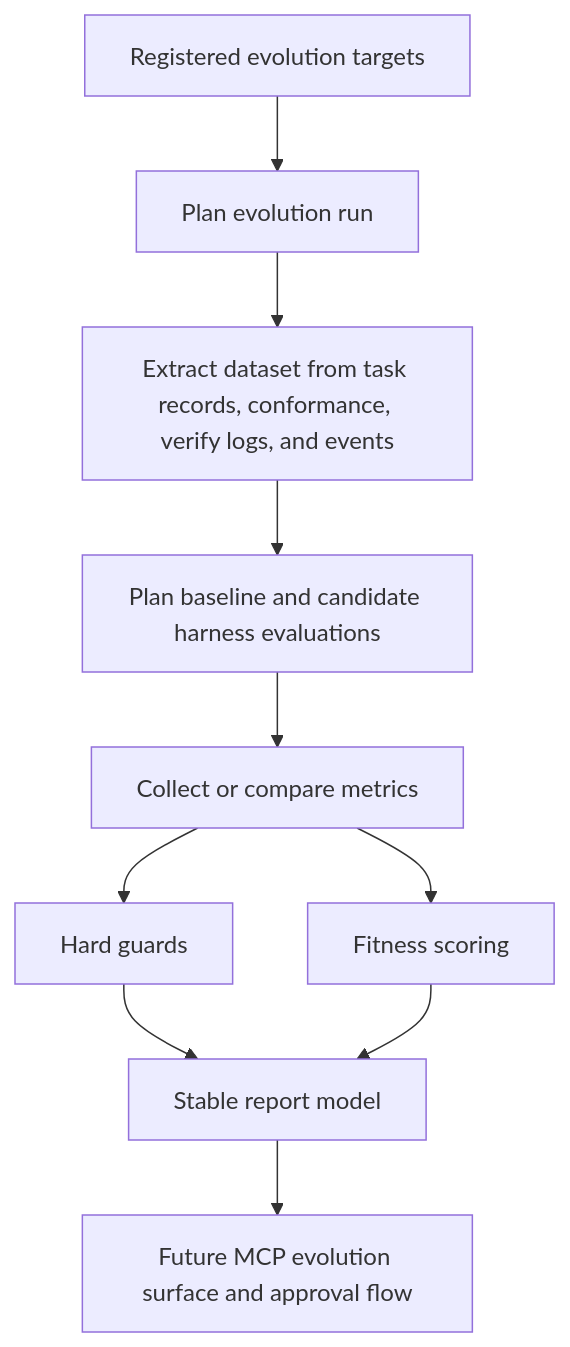
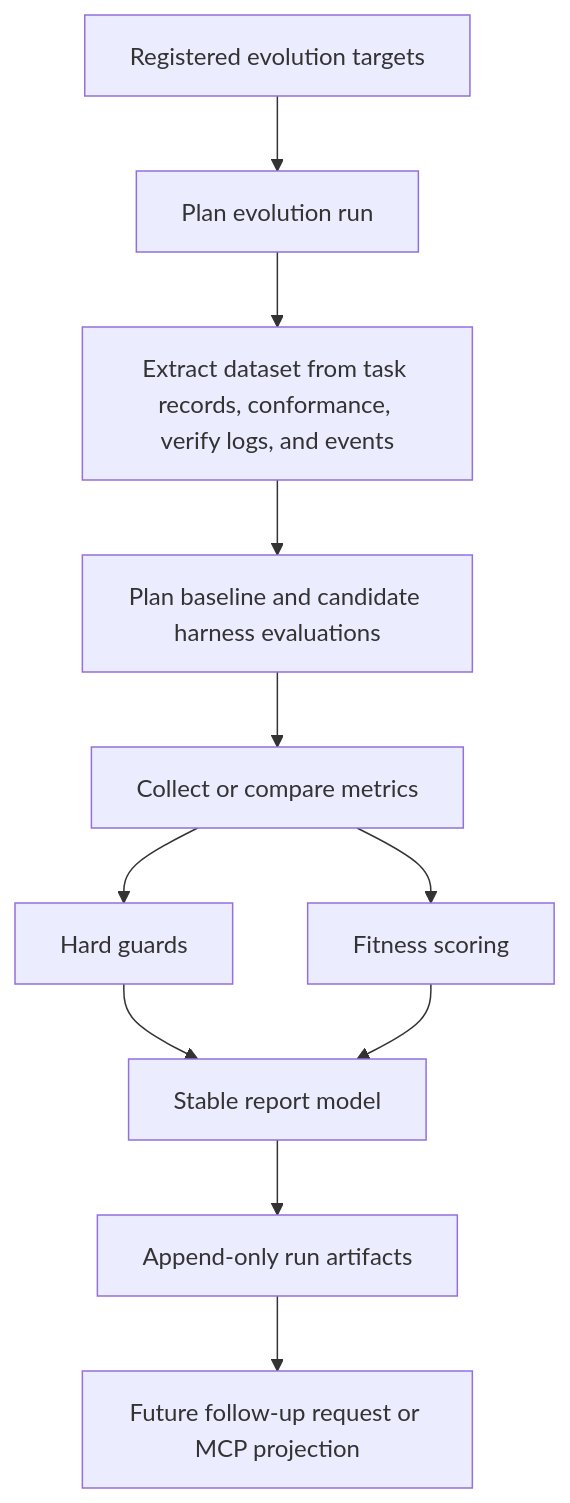
The diagram in docs/self-evolution-mcp-plan.md (jihkang/Sisyphus), drawn with Mermaid before and after one commit. The commit also changed other lines of this file and 9 other files, not shown here.

Commit message:
Replay evolution contracts and read-only orchestrator

````diff
--- a/docs/self-evolution-mcp-plan.md
+++ b/docs/self-evolution-mcp-plan.md
@@ -59,12 +62,13 @@
 ```mermaid
 flowchart TD
     A[Registered evolution targets] --> B[Plan evolution run]
     B --> C[Extract dataset from task records, conformance, verify logs, and events]
     C --> D[Plan baseline and candidate harness evaluations]
     D --> E[Collect or compare metrics]
     E --> F[Hard guards]
     E --> G[Fitness scoring]
     F --> H[Stable report model]
     G --> H
-    H --> I[Future MCP evolution surface and approval flow]
+    H --> I[Append-only run artifacts]
+    I --> J[Future follow-up request or MCP projection]
 ```
````
